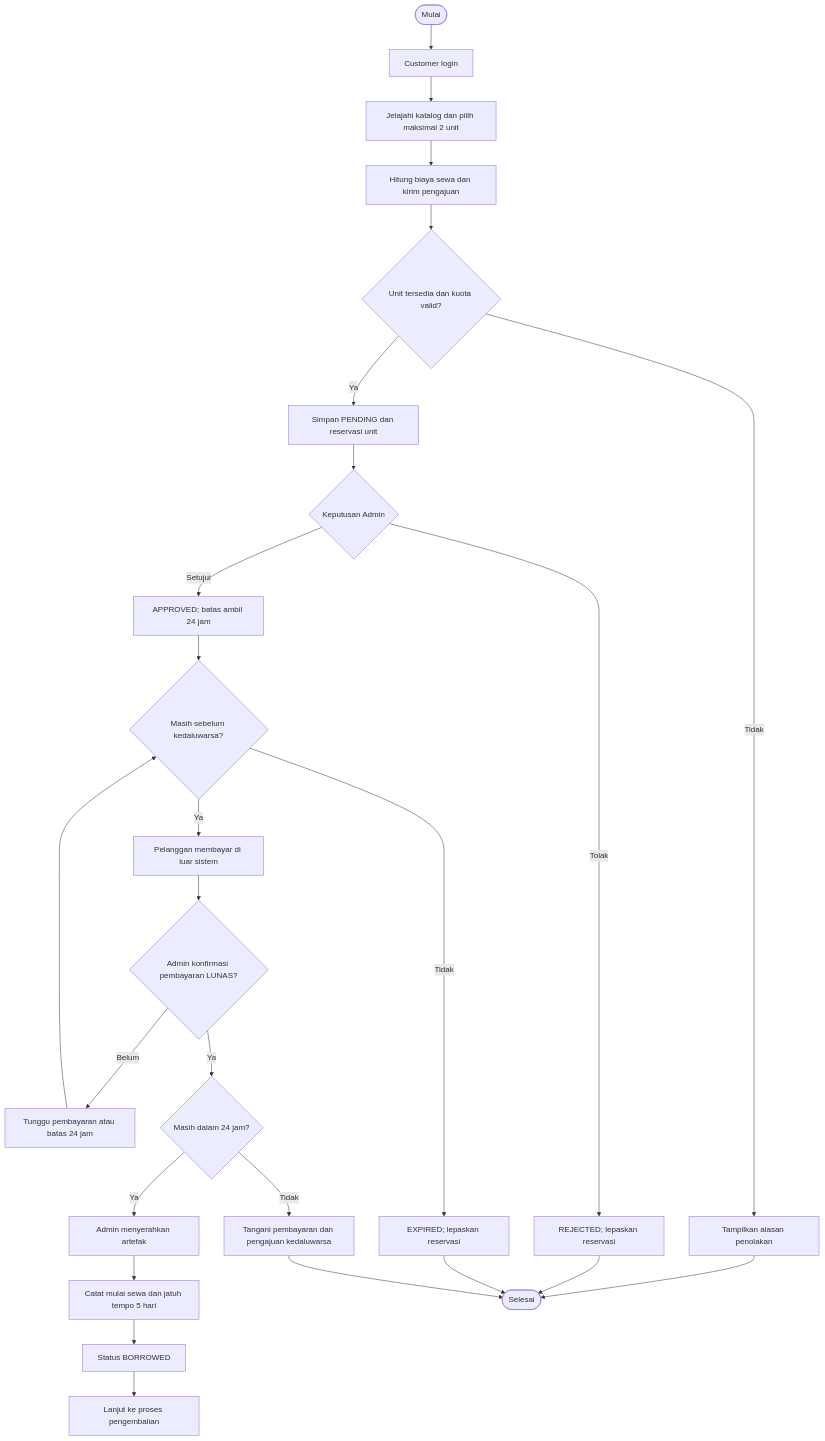
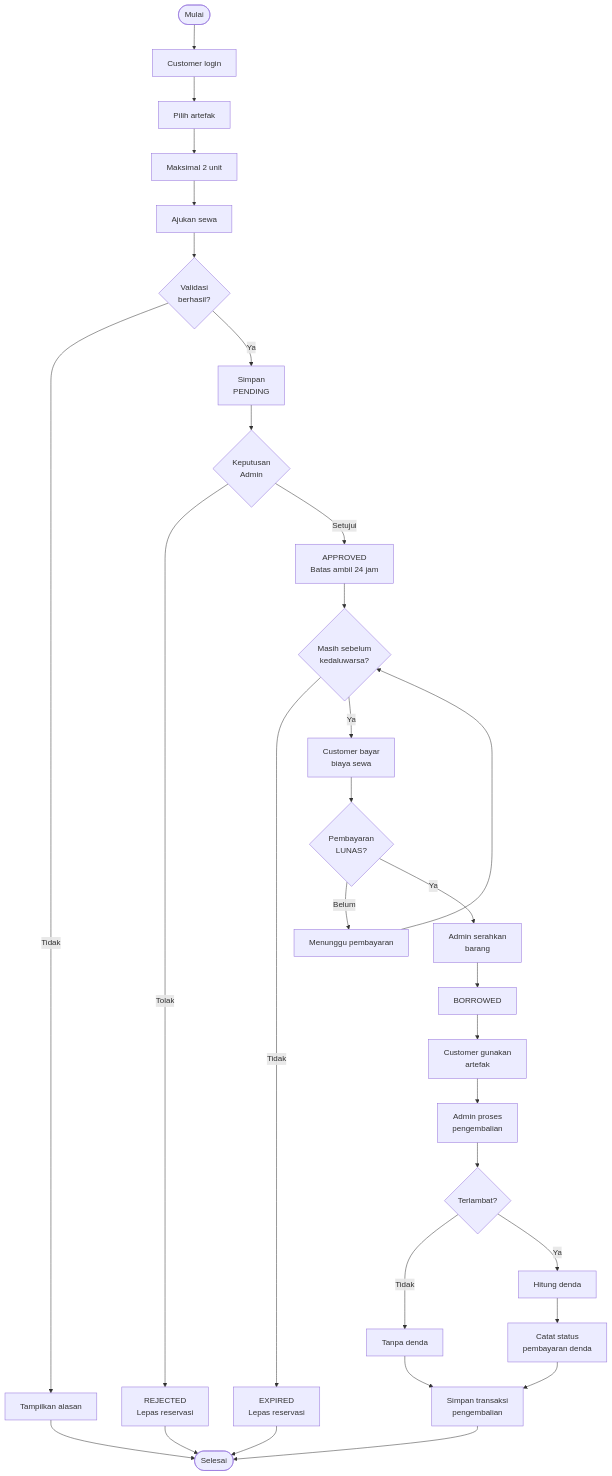
The first of 3 diagrams in README.md (gladwin-ui/PotionVault-WEB), drawn with Mermaid before and after one commit. The commit also changed other lines of this file, not shown here.

````diff
--- a/README.md
+++ b/README.md
@@ -145,28 +145,41 @@
 ```mermaid
 flowchart TD
     A([Mulai]) --> B[Customer login]
-    B --> C[Jelajahi katalog dan pilih maksimal 2 unit]
-    C --> D[Hitung biaya sewa dan kirim pengajuan]
-    D --> E{Unit tersedia dan kuota valid?}
-    E -- Tidak --> F[Tampilkan alasan penolakan]
-    E -- Ya --> G[Simpan PENDING dan reservasi unit]
-    G --> H{Keputusan Admin}
-    H -- Tolak --> I[REJECTED; lepaskan reservasi]
-    H -- Setujui --> J[APPROVED; batas ambil 24 jam]
-    J --> K{Masih sebelum kedaluwarsa?}
-    K -- Tidak --> L[EXPIRED; lepaskan reservasi]
-    K -- Ya --> M[Pelanggan membayar di luar sistem]
-    M --> N{Admin konfirmasi pembayaran LUNAS?}
-    N -- Belum --> O[Tunggu pembayaran atau batas 24 jam]
-    O --> K
-    N -- Ya --> P{Masih dalam 24 jam?}
-    P -- Tidak --> Q[Tangani pembayaran dan pengajuan kedaluwarsa]
-    P -- Ya --> R[Admin menyerahkan artefak]
-    R --> S[Catat mulai sewa dan jatuh tempo 5 hari]
-    S --> T[Status BORROWED]
-    T --> U[Lanjut ke proses pengembalian]
-    F --> V([Selesai])
-    I --> V
-    L --> V
-    Q --> V
+    B --> C[Pilih artefak]
+    C --> D[Maksimal 2 unit]
+    D --> E[Ajukan sewa]
+    E --> F{Validasi<br/>berhasil?}
+
+    F -- Tidak --> G[Tampilkan alasan]
+    F -- Ya --> H[Simpan<br/>PENDING]
+
+    H --> I{Keputusan<br/>Admin}
+    I -- Tolak --> J[REJECTED<br/>Lepas reservasi]
+    I -- Setujui --> K[APPROVED<br/>Batas ambil 24 jam]
+
+    K --> L{Masih sebelum<br/>kedaluwarsa?}
+    L -- Tidak --> M[EXPIRED<br/>Lepas reservasi]
+    L -- Ya --> N[Customer bayar<br/>biaya sewa]
+
+    N --> O{Pembayaran<br/>LUNAS?}
+    O -- Belum --> P[Menunggu pembayaran]
+    P --> L
+    O -- Ya --> Q[Admin serahkan<br/>barang]
+
+    Q --> R[BORROWED]
+    R --> S[Customer gunakan<br/>artefak]
+    S --> T[Admin proses<br/>pengembalian]
+
+    T --> U{Terlambat?}
+    U -- Tidak --> V[Tanpa denda]
+    U -- Ya --> W[Hitung denda]
+
+    W --> X[Catat status<br/>pembayaran denda]
+    V --> Y[Simpan transaksi<br/>pengembalian]
+    X --> Y
+    Y --> Z([Selesai])
+
+    G --> Z
+    J --> Z
+    M --> Z
 ```
````
